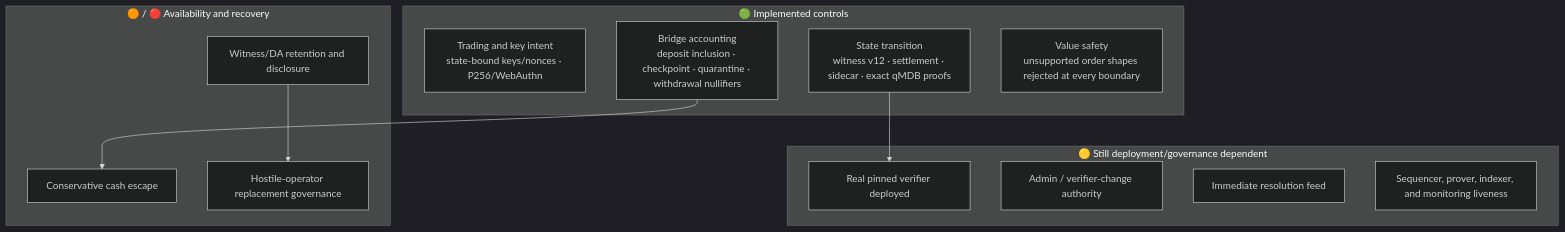
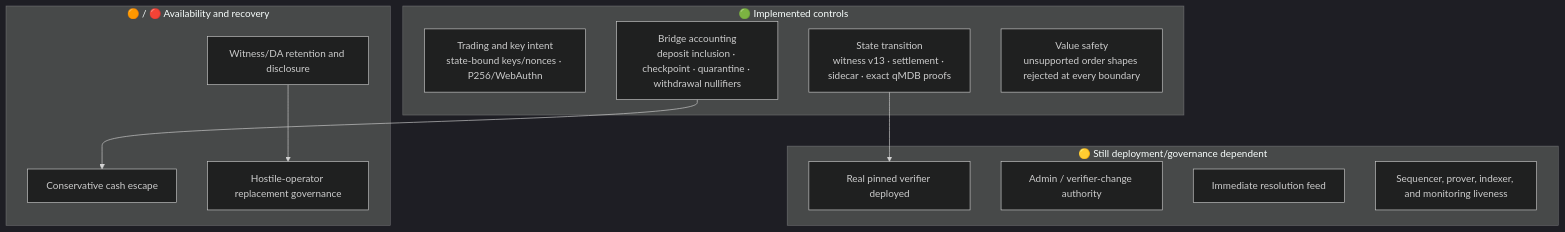
Before and after one commit to MetaB0y/sybil: the diagram in docs/architecture/04-verification/Threat Model.md, drawn with Mermaid (dark theme). The commit also changed other lines of this file and 69 other files, not shown here.

````diff
--- a/docs/architecture/04-verification/Threat Model.md
+++ b/docs/architecture/04-verification/Threat Model.md
@@ -23,23 +23,23 @@
 ```mermaid
 flowchart TB
     subgraph crypto["🟢 Implemented controls"]
         INTENT["Trading and key intent<br/>state-bound keys/nonces · P256/WebAuthn"]
-        TRANS["State transition<br/>witness v12 · settlement · sidecar · exact qMDB proofs"]
+        TRANS["State transition<br/>witness v13 · settlement · sidecar · exact qMDB proofs"]
         BRIDGE["Bridge accounting<br/>deposit inclusion · checkpoint · quarantine · withdrawal nullifiers"]
         SHAPES["Value safety<br/>unsupported order shapes rejected at every boundary"]
     end
     subgraph trusted["🟡 Still deployment/governance dependent"]
         ADAPTER["Real pinned verifier deployed"]
         ADMIN["Admin / verifier-change authority"]
         ORACLE["Immediate resolution feed"]
         LIVE["Sequencer, prover, indexer, and monitoring liveness"]
     end
     subgraph recovery["🟠 / 🔴 Availability and recovery"]
         DA["Witness/DA retention and disclosure"]
         ESC["Conservative cash escape"]
         REPLACE["Hostile-operator replacement governance"]
     end
     TRANS --> ADAPTER
     DA --> REPLACE
     BRIDGE --> ESC
 ```
````
